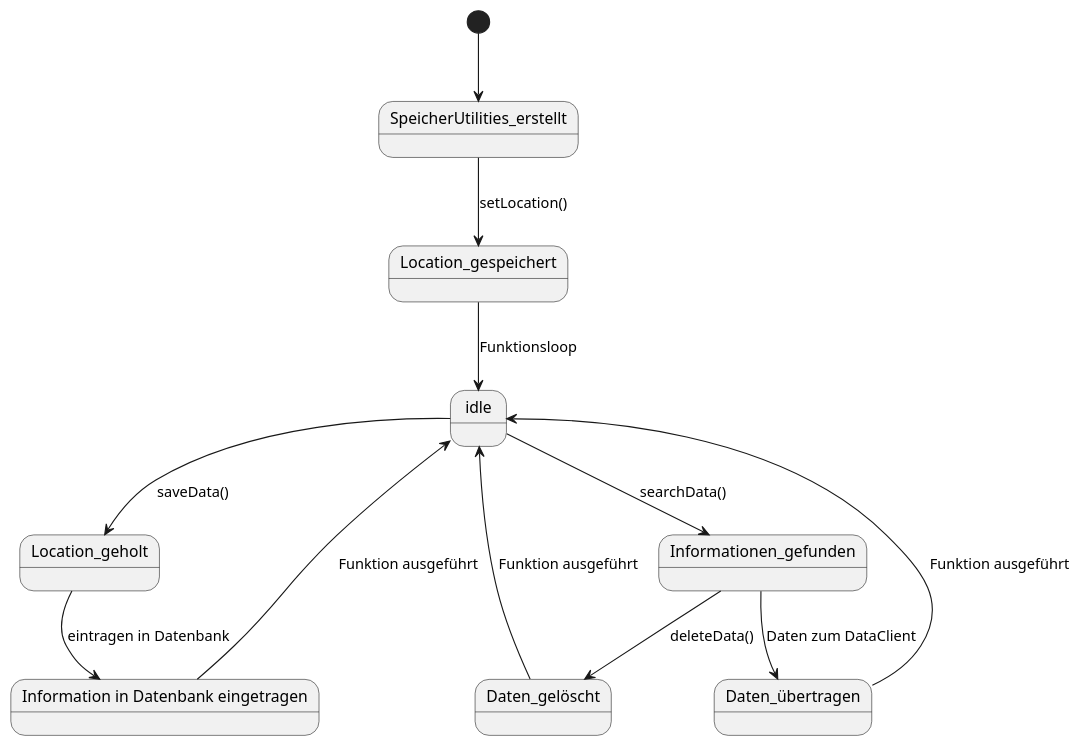
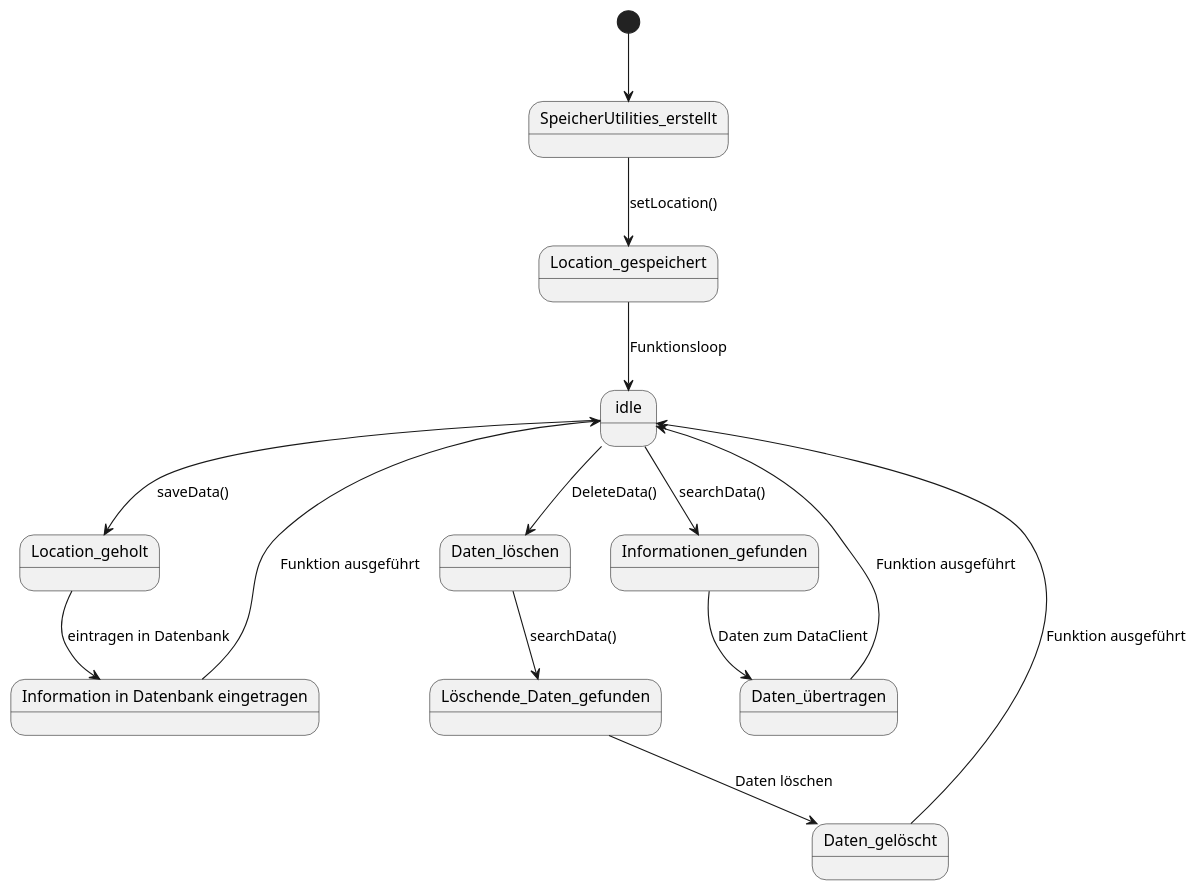
Before and after one commit to weichware10/meilensteine: the diagram in meilenstein_04/zustand-Speichermedium/zustand-Speichermedium.puml, drawn with PlantUML.

Commit message:
Löschen extra Zweig

```diff
--- a/meilenstein_04/zustand-Speichermedium/zustand-Speichermedium.puml
+++ b/meilenstein_04/zustand-Speichermedium/zustand-Speichermedium.puml
@@ -1,44 +1,54 @@
 @startuml Speichermedium
 
 [*] --> SpeicherUtilities_erstellt
 SpeicherUtilities_erstellt --> Location_gespeichert : setLocation()
 Location_gespeichert --> idle : Funktionsloop
 idle --> Location_geholt : saveData()
 idle --> Informationen_gefunden : searchData()
 Location_geholt --> long2 : eintragen in Datenbank
-Informationen_gefunden --> Daten_gelöscht : deleteData()
 Informationen_gefunden --> Daten_übertragen : Daten zum DataClient
 long2 --> idle : Funktion ausgeführt
 Daten_gelöscht --> idle : Funktion ausgeführt
 Daten_übertragen --> idle : Funktion ausgeführt
+idle --> Daten_löschen : DeleteData()
+Daten_löschen --> Löschende_Daten_gefunden : searchData()
+Löschende_Daten_gefunden --> Daten_gelöscht : Daten löschen
 
 state SpeicherUtilities_erstellt {
 
 }
 
 state Location_gespeichert {
 
 }
 
 state idle{
 
 }
 
 state Location_geholt{
 
 }
 
+state Löschende_Daten_gefunden{
+
+}
+
+state Daten_löschen{
+
+}
+
 state Informationen_gefunden{
 
 }
 state "Information in Datenbank eingetragen" as long2{
 
 }
 state Daten_gelöscht {
 
 }
 state Daten_übertragen {
 
 }
 
 @enduml
```
